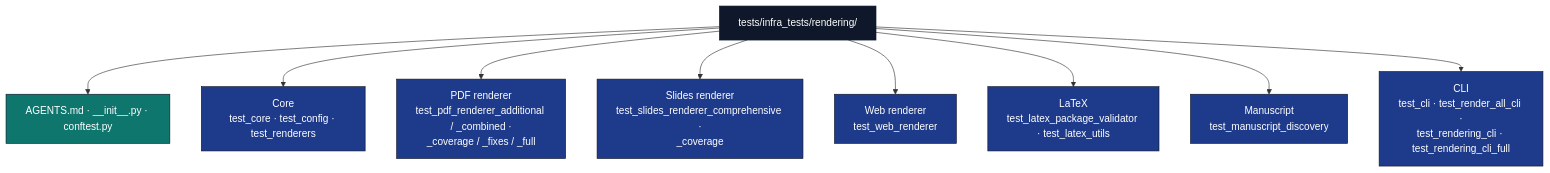
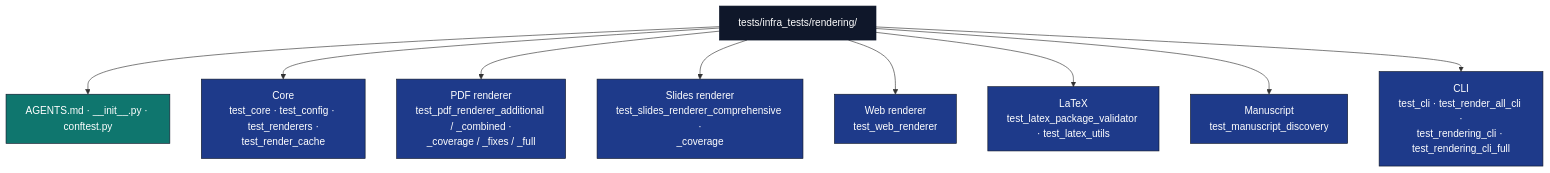
One commit to docxology/template changed the diagram in tests/infra_tests/rendering/AGENTS.md. Above: the diagram before and after it, drawn with Mermaid. The commit also changed 30 other files, not shown here.

````diff
--- a/tests/infra_tests/rendering/AGENTS.md
+++ b/tests/infra_tests/rendering/AGENTS.md
@@ -9,19 +9,19 @@
 ```mermaid
 flowchart TB
     T[tests/infra_tests/rendering/]
     T --> META[AGENTS.md · __init__.py · conftest.py]
-    T --> CORE[Core<br/>test_core · test_config · test_renderers]
+    T --> CORE[Core<br/>test_core · test_config · test_renderers ·<br/>test_render_cache]
     T --> PDF[PDF renderer<br/>test_pdf_renderer_additional / _combined ·<br/>_coverage / _fixes / _full]
     T --> SLIDES[Slides renderer<br/>test_slides_renderer_comprehensive ·<br/>_coverage]
     T --> WEB[Web renderer<br/>test_web_renderer]
     T --> LATEX[LaTeX<br/>test_latex_package_validator · test_latex_utils]
     T --> MAN[Manuscript<br/>test_manuscript_discovery]
     T --> CLI[CLI<br/>test_cli · test_render_all_cli ·<br/>test_rendering_cli · test_rendering_cli_full]
 
     classDef d fill:#0f172a,stroke:#0f172a,color:#fff
     classDef cat fill:#1e3a8a,stroke:#0f172a,color:#fff
     classDef doc fill:#0f766e,stroke:#0f172a,color:#fff
     class T d
     class CORE,PDF,SLIDES,WEB,LATEX,MAN,CLI cat
     class META doc
 ```
````
